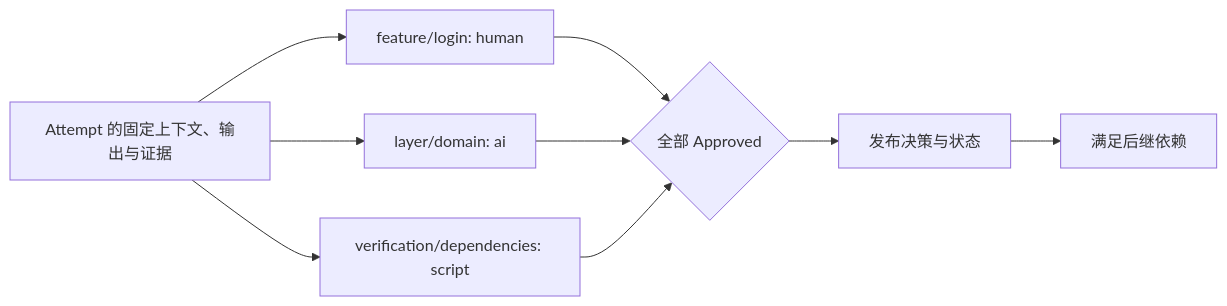
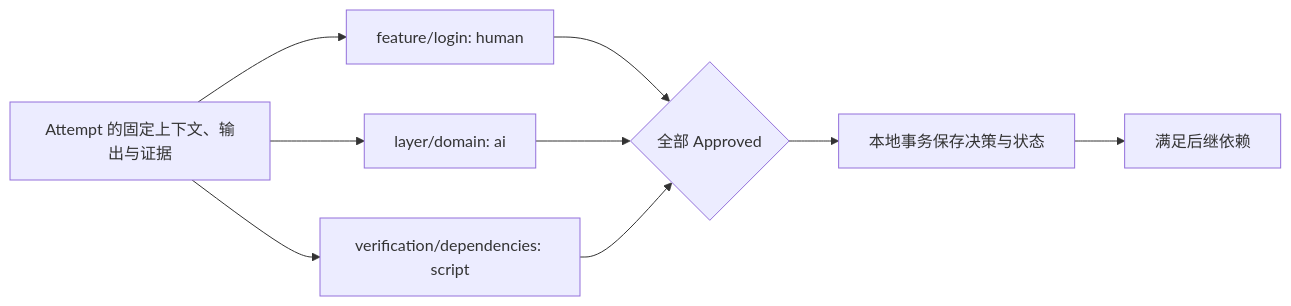
The first of 3 diagrams in design/03-governance.md (LingMessy/facetloom), drawn with Mermaid before and after one commit. The commit also changed other lines of this file and 10 other files, not shown here.

````diff
--- a/design/03-governance.md
+++ b/design/03-governance.md
@@ -31,11 +33,11 @@
 ```mermaid
 flowchart LR
     A[Attempt 的固定上下文、输出与证据] --> H[feature/login: human]
     A --> AI[layer/domain: ai]
     A --> S[verification/dependencies: script]
     H --> ALL{全部 Approved}
     AI --> ALL
     S --> ALL
-    ALL --> P[发布决策与状态]
+    ALL --> P[本地事务保存决策与状态]
     P --> N[满足后继依赖]
 ```
````
